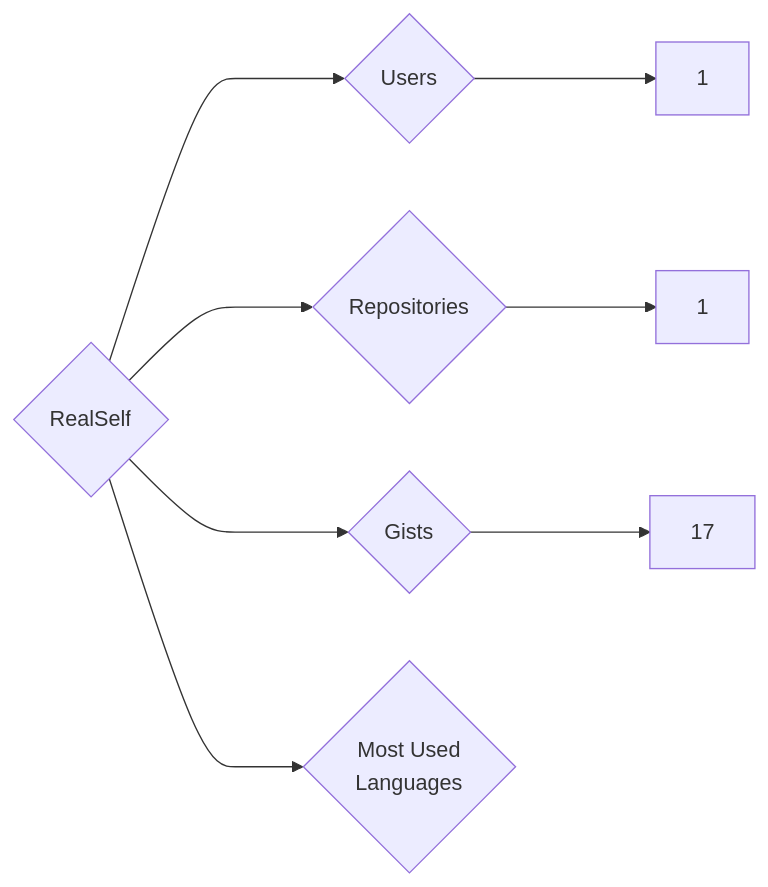
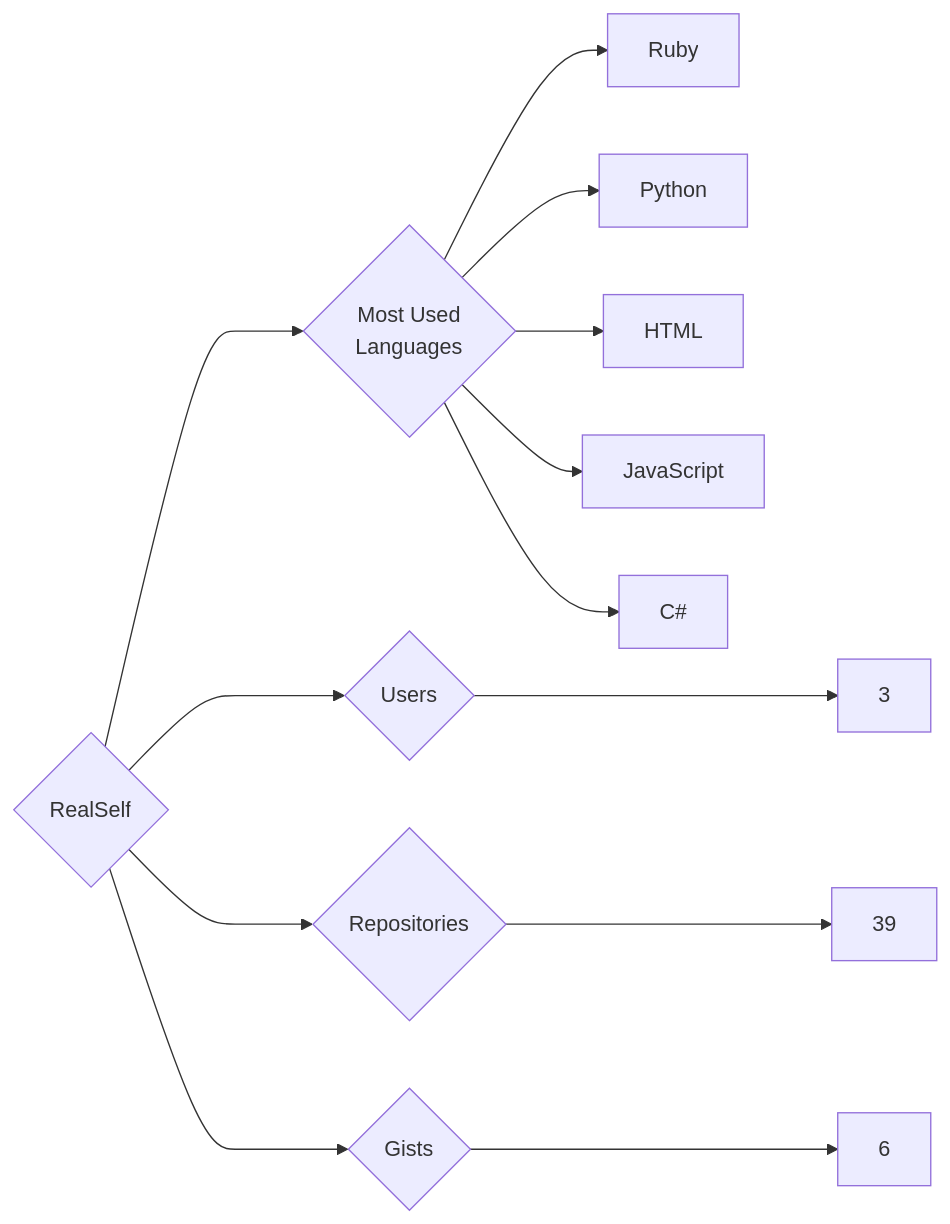
One commit to trickest/insiders changed the diagram in targets/RealSelf/README.md. Above: the diagram before and after it, drawn with Mermaid. The commit also changed 898 other files, not shown here.

````diff
--- a/targets/RealSelf/README.md
+++ b/targets/RealSelf/README.md
@@ -3,8 +3,13 @@
 ```mermaid
 graph LR
 COMPANY_NAME{RealSelf}
-COMPANY_NAME ---> U{Users} ---> UN[1]
-COMPANY_NAME ---> R{Repositories} ---> RN[1]
-COMPANY_NAME ---> G{Gists} ---> GN[17]
+COMPANY_NAME ---> U{Users} ---> UN[3]
+COMPANY_NAME ---> R{Repositories} ---> RN[39]
+COMPANY_NAME ---> G{Gists} ---> GN[6]
 COMPANY_NAME ---> ML{Most Used<br>Languages}
+ML --> Ruby[Ruby]
+ML --> Python[Python]
+ML --> HTML[HTML]
+ML --> JavaScript[JavaScript]
+ML --> C#[C#]
 ```
````
